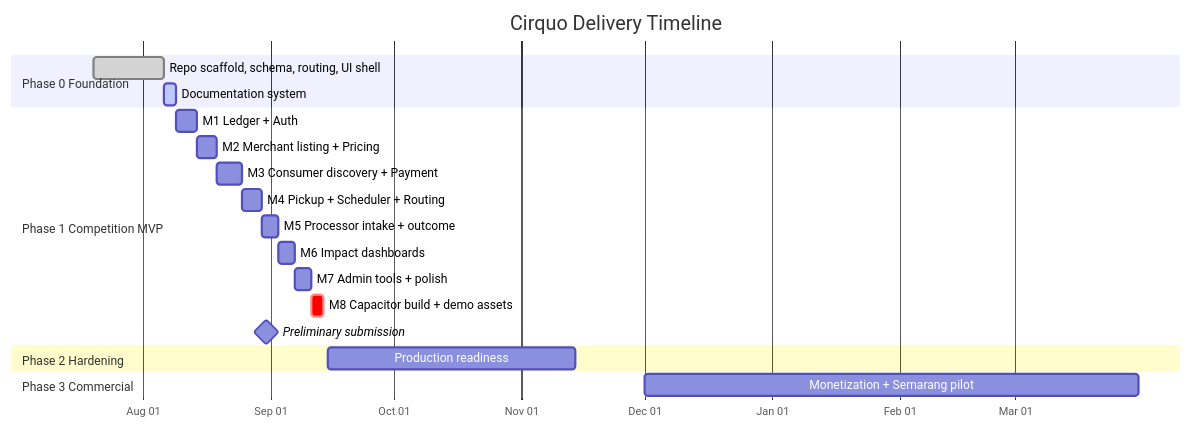
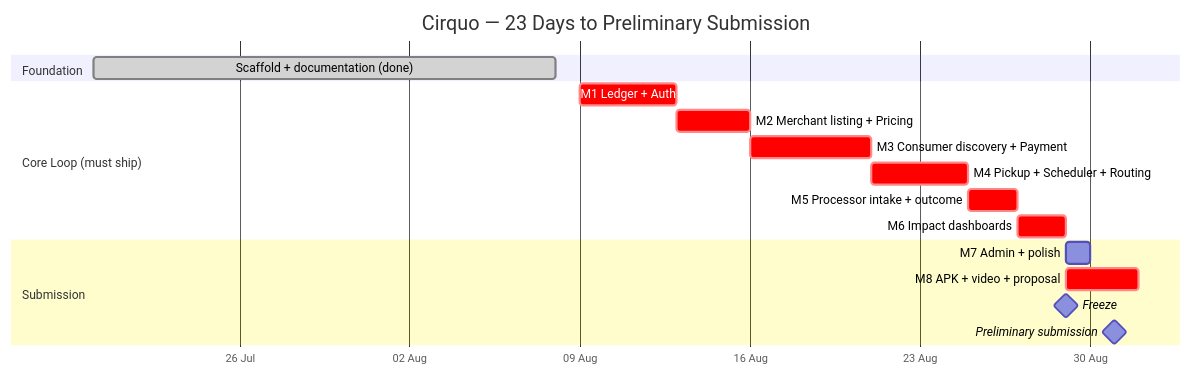
The first of 2 diagrams in docs/business/ROADMAP.md (201dev/cirquo), drawn with Mermaid before and after one commit. The commit also changed other lines of this file and 3 other files, not shown here.

Commit message:
docs(prd): make ponytail actionable, fix graphify inaccuracies, and realign delivery plan

````diff
--- a/docs/business/ROADMAP.md
+++ b/docs/business/ROADMAP.md
@@ -14,27 +51,23 @@
 ```mermaid
 gantt
-    title Cirquo Delivery Timeline
+    title Cirquo — 23 Days to Preliminary Submission
     dateFormat YYYY-MM-DD
-    axisFormat %b %d
+    axisFormat %d %b
 
-    section Phase 0 Foundation
-    Repo scaffold, schema, routing, UI shell   :done, p0, 2026-07-20, 2026-08-06
-    Documentation system                       :active, p0d, 2026-08-06, 3d
+    section Foundation
+    Scaffold + documentation (done)      :done, p0, 2026-07-20, 2026-08-08
 
-    section Phase 1 Competition MVP
-    M1 Ledger + Auth                           :m1, 2026-08-09, 5d
-    M2 Merchant listing + Pricing              :m2, after m1, 5d
-    M3 Consumer discovery + Payment            :m3, after m2, 6d
-    M4 Pickup + Scheduler + Routing            :m4, after m3, 5d
-    M5 Processor intake + outcome              :m5, after m4, 4d
-    M6 Impact dashboards                       :m6, after m5, 4d
-    M7 Admin tools + polish                    :m7, after m6, 4d
-    M8 Capacitor build + demo assets           :crit, m8, after m7, 3d
-    Preliminary submission                     :milestone, sub, 2026-08-31, 0d
+    section Core Loop (must ship)
+    M1 Ledger + Auth                     :crit, m1, 2026-08-09, 4d
+    M2 Merchant listing + Pricing        :crit, m2, after m1, 3d
+    M3 Consumer discovery + Payment      :crit, m3, after m2, 5d
+    M4 Pickup + Scheduler + Routing      :crit, m4, after m3, 4d
+    M5 Processor intake + outcome        :crit, m5, after m4, 2d
+    M6 Impact dashboards                 :crit, m6, after m5, 2d
 
-    section Phase 2 Hardening
-    Production readiness                       :p2, 2026-09-15, 60d
-
-    section Phase 3 Commercial
-    Monetization + Semarang pilot              :p3, 2026-12-01, 120d
+    section Submission
+    M7 Admin + polish                    :m7, 2026-08-29, 1d
+    M8 APK + video + proposal            :crit, m8, 2026-08-29, 3d
+    Freeze                               :milestone, frz, 2026-08-29, 0d
+    Preliminary submission               :milestone, sub, 2026-08-31, 0d
 ```
````
